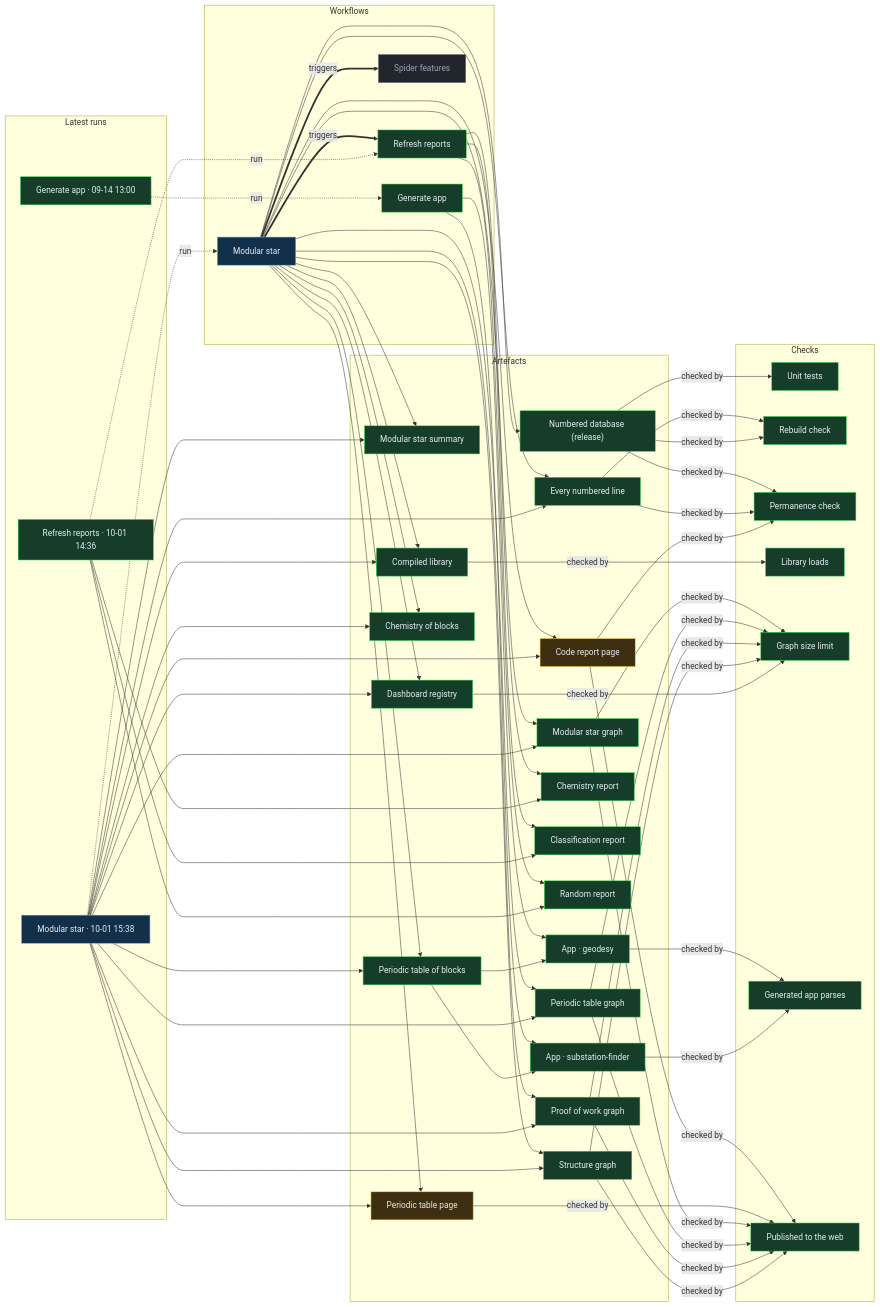
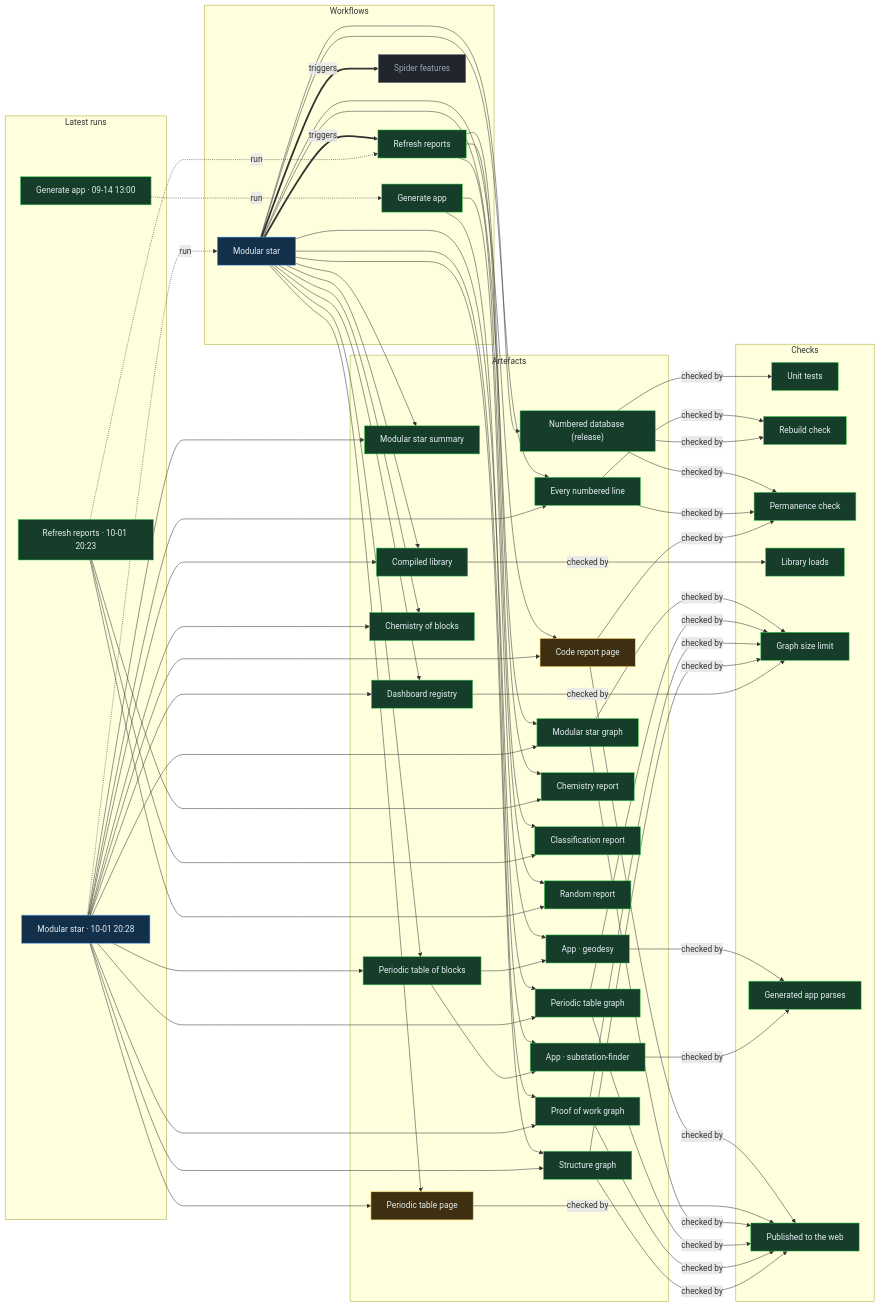
One commit to Ventusltd/stars changed the diagram in proof/PROOF.md. Above: the diagram before and after it, drawn with Mermaid. The commit also changed other lines of this file and 34 other files, not shown here.

Commit message:
Modular star 2026-10-01T20:32Z

```diff
--- a/proof/PROOF.md
+++ b/proof/PROOF.md
@@ -24,8 +24,8 @@
   n_wf_spider_features["Spider features"]:::off
   end
   subgraph g_runs["Latest runs"]
-  n_run_36885797045["Modular star · 10-01 15:38"]:::live
-  n_run_36877671002["Refresh reports · 10-01 14:36"]:::ok
+  n_run_36921883944["Modular star · 10-01 20:28"]:::live
+  n_run_36921253018["Refresh reports · 10-01 20:23"]:::ok
   n_run_34846587798["Generate app · 09-14 13:00"]:::ok
   end
   subgraph g_artefacts["Artefacts"]
@@ -59,39 +59,39 @@
   end
   n_wf_modular_star == triggers ==> n_wf_refresh
   n_wf_modular_star == triggers ==> n_wf_spider_features
-  n_run_36885797045 -. run .-> n_wf_modular_star
-  n_run_36877671002 -. run .-> n_wf_refresh
+  n_run_36921883944 -. run .-> n_wf_modular_star
+  n_run_36921253018 -. run .-> n_wf_refresh
   n_run_34846587798 -. run .-> n_wf_generate
   n_wf_modular_star --> n_art_summary
-  n_run_36885797045 --> n_art_summary
+  n_run_36921883944 --> n_art_summary
   n_wf_modular_star --> n_art_lines
-  n_run_36885797045 --> n_art_lines
+  n_run_36921883944 --> n_art_lines
   n_wf_modular_star --> n_art_code
-  n_run_36885797045 --> n_art_code
+  n_run_36921883944 --> n_art_code
   n_wf_modular_star --> n_art_modular_graph
-  n_run_36885797045 --> n_art_modular_graph
+  n_run_36921883944 --> n_art_modular_graph
   n_wf_modular_star --> n_art_blocks
-  n_run_36885797045 --> n_art_blocks
+  n_run_36921883944 --> n_art_blocks
   n_wf_modular_star --> n_art_table
-  n_run_36885797045 --> n_art_table
+  n_run_36921883944 --> n_art_table
   n_wf_modular_star --> n_art_blocks_graph
-  n_run_36885797045 --> n_art_blocks_graph
+  n_run_36921883944 --> n_art_blocks_graph
   n_wf_modular_star --> n_art_reactions
-  n_run_36885797045 --> n_art_reactions
+  n_run_36921883944 --> n_art_reactions
   n_wf_modular_star --> n_art_library
-  n_run_36885797045 --> n_art_library
+  n_run_36921883944 --> n_art_library
   n_wf_modular_star --> n_art_features
-  n_run_36885797045 --> n_art_features
+  n_run_36921883944 --> n_art_features
   n_wf_modular_star --> n_art_proof
-  n_run_36885797045 --> n_art_proof
+  n_run_36921883944 --> n_art_proof
   n_wf_modular_star --> n_art_structure
-  n_run_36885797045 --> n_art_structure
+  n_run_36921883944 --> n_art_structure
   n_wf_refresh --> n_art_chemistry
-  n_run_36877671002 --> n_art_chemistry
+  n_run_36921253018 --> n_art_chemistry
   n_wf_refresh --> n_art_vedic
-  n_run_36877671002 --> n_art_vedic
+  n_run_36921253018 --> n_art_vedic
   n_wf_refresh --> n_art_random
-  n_run_36877671002 --> n_art_random
+  n_run_36921253018 --> n_art_random
   n_wf_modular_star --> n_art_release
   n_wf_generate --> n_app_geodesy
   n_art_blocks --> n_app_geodesy
```
